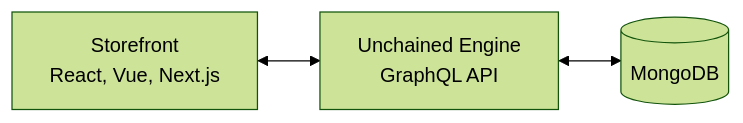
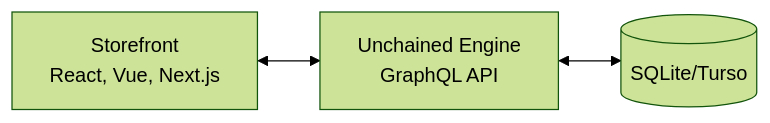
Before and after one commit to unchainedshop/unchained: the diagram in docs/docs/guides/building-a-storefront.md, drawn with Mermaid (forest theme). The commit also changed 37 other files, not shown here.

````diff
--- a/docs/docs/guides/building-a-storefront.md
+++ b/docs/docs/guides/building-a-storefront.md
@@ -16,4 +16,4 @@
 ```mermaid
 flowchart LR
-    S[Storefront<br/>React, Vue, Next.js] <--> U[Unchained Engine<br/>GraphQL API] <--> D[(MongoDB)]
+    S[Storefront<br/>React, Vue, Next.js] <--> U[Unchained Engine<br/>GraphQL API] <--> D[(SQLite/Turso)]
 ```
````
